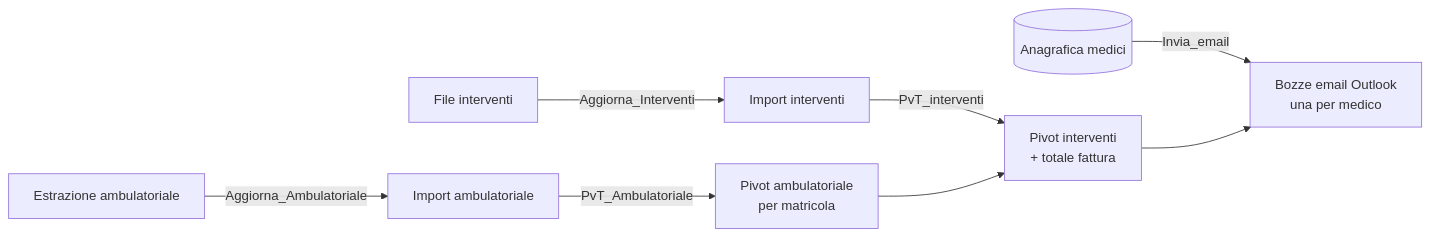
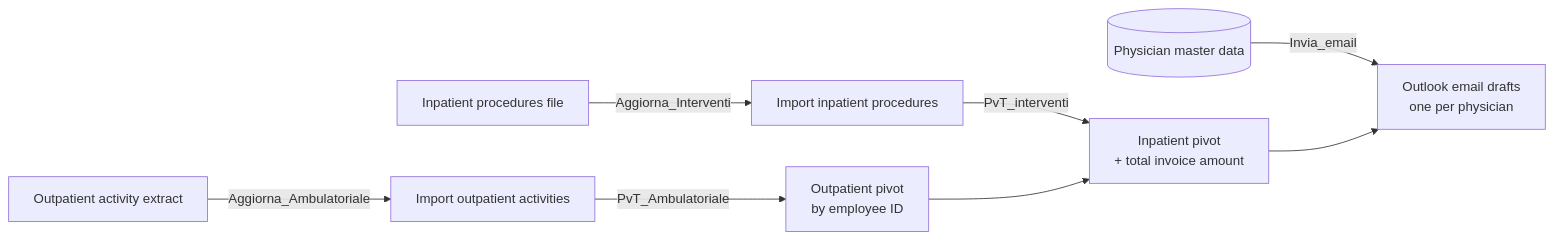
The diagram in Extramoenia/README.md (caporz/Healthcare-Process-Automation), drawn with Mermaid before and after one commit. The commit also changed other lines of this file, not shown here.

````diff
--- a/Extramoenia/README.md
+++ b/Extramoenia/README.md
@@ -18,10 +18,10 @@
 ```mermaid
 flowchart LR
-    A[File interventi] -->|Aggiorna_Interventi| B[Import interventi]
-    C[Estrazione ambulatoriale] -->|Aggiorna_Ambulatoriale| D[Import ambulatoriale]
-    D -->|PvT_Ambulatoriale| E[Pivot ambulatoriale<br/>per matricola]
-    B -->|PvT_interventi| F[Pivot interventi<br/>+ totale fattura]
+    A[Inpatient procedures file] -->|Aggiorna_Interventi| B[Import inpatient procedures]
+    C[Outpatient activity extract] -->|Aggiorna_Ambulatoriale| D[Import outpatient activities]
+    D -->|PvT_Ambulatoriale| E[Outpatient pivot<br/>by employee ID]
+    B -->|PvT_interventi| F[Inpatient pivot<br/>+ total invoice amount]
     E --> F
-    G[(Anagrafica medici)] -->|Invia_email| H[Bozze email Outlook<br/>una per medico]
+    G[(Physician master data)] -->|Invia_email| H[Outlook email drafts<br/>one per physician]
     F --> H
 ```
````
